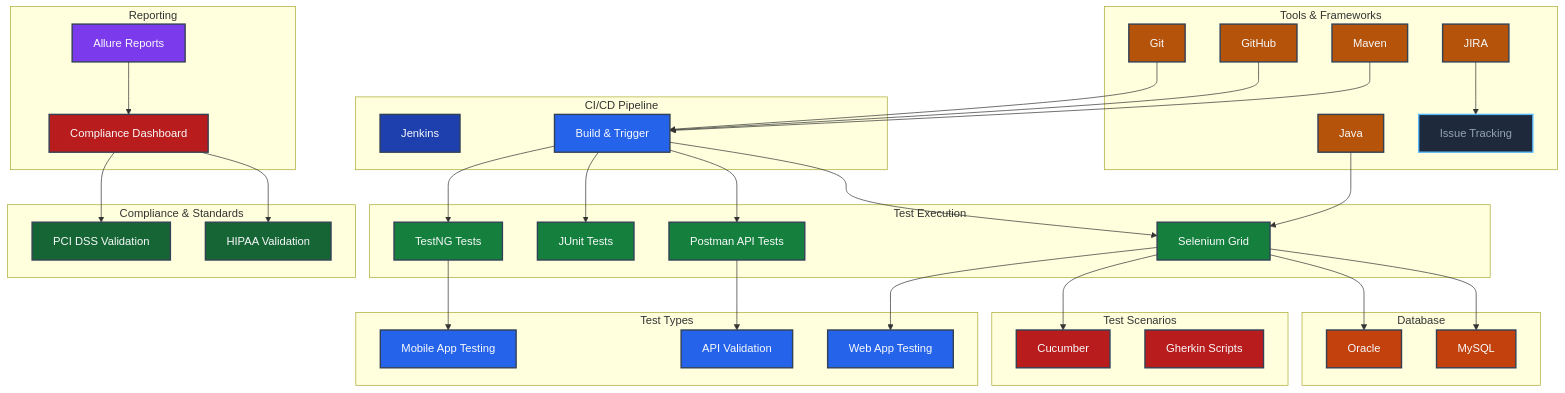
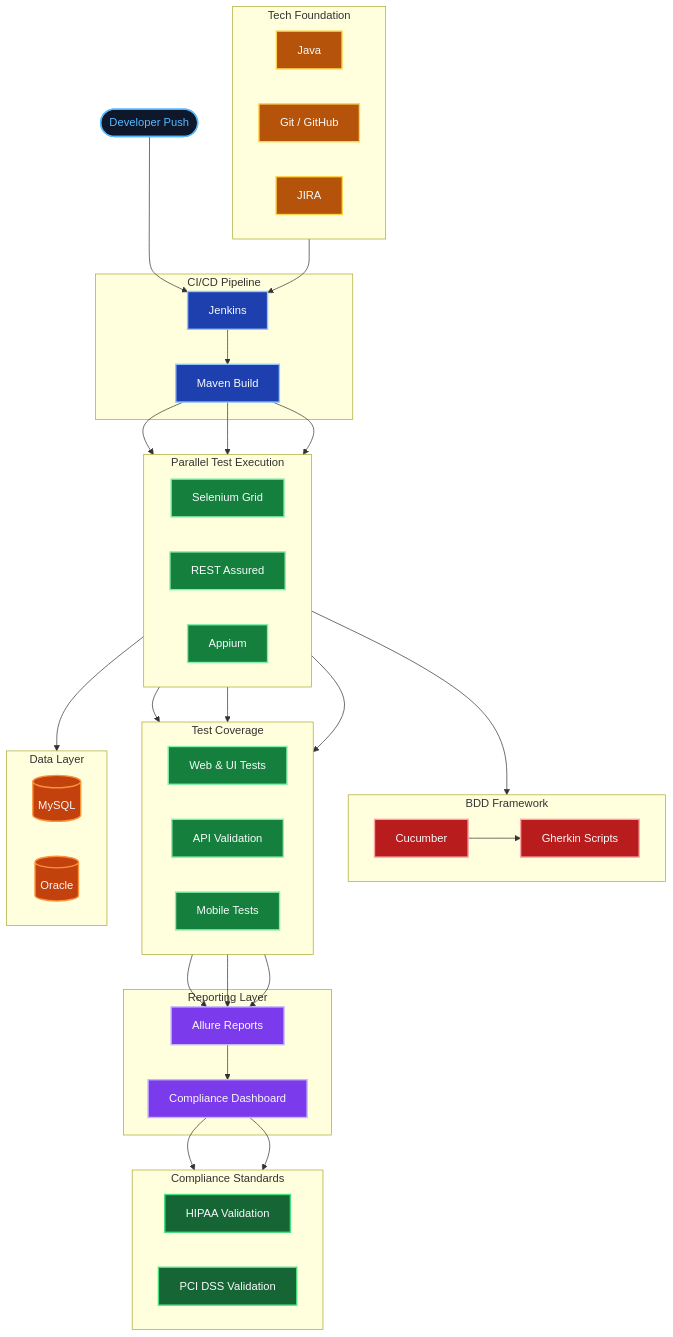
Before and after one commit to moqaddasQA/moqaddasQA: the first of 2 diagrams in README.md, drawn with Mermaid.

Commit message:
feat: redesign architecture diagram — flowchart TD, classDef classes, clean pipeline flow

````diff
--- a/README.md
+++ b/README.md
@@ -219,78 +219,75 @@
 ```mermaid
-graph TD
-  style A fill:#1e40af,stroke:#334155,stroke-width:2px,color:#f8fafc
-  style B fill:#2563eb,stroke:#334155,stroke-width:2px,color:#f8fafc
-  style C fill:#15803d,stroke:#334155,stroke-width:2px,color:#f8fafc
-  style D fill:#15803d,stroke:#334155,stroke-width:2px,color:#f8fafc
-  style E fill:#15803d,stroke:#334155,stroke-width:2px,color:#f8fafc
-  style F fill:#15803d,stroke:#334155,stroke-width:2px,color:#f8fafc
-  style G fill:#7c3aed,stroke:#334155,stroke-width:2px,color:#f8fafc
-  style H fill:#b91c1c,stroke:#334155,stroke-width:2px,color:#f8fafc
-  style I fill:#c2410c,stroke:#334155,stroke-width:2px,color:#f8fafc
-  style J fill:#c2410c,stroke:#334155,stroke-width:2px,color:#f8fafc
-  style K fill:#b45309,stroke:#334155,stroke-width:2px,color:#f8fafc
-  style L fill:#b45309,stroke:#334155,stroke-width:2px,color:#f8fafc
-  style M fill:#b45309,stroke:#334155,stroke-width:2px,color:#f8fafc
-  style N fill:#b45309,stroke:#334155,stroke-width:2px,color:#f8fafc
-  style O fill:#b45309,stroke:#334155,stroke-width:2px,color:#f8fafc
-  style P fill:#1e293b,stroke:#58b9ff,stroke-width:2px,color:#94a3b8
-  style Q fill:#166534,stroke:#334155,stroke-width:2px,color:#f8fafc
-  style R fill:#166534,stroke:#334155,stroke-width:2px,color:#f8fafc
-  style S fill:#b91c1c,stroke:#334155,stroke-width:2px,color:#f8fafc
-  style T fill:#b91c1c,stroke:#334155,stroke-width:2px,color:#f8fafc
-  style U fill:#2563eb,stroke:#334155,stroke-width:2px,color:#f8fafc
-  style V fill:#2563eb,stroke:#334155,stroke-width:2px,color:#f8fafc
-  style W fill:#2563eb,stroke:#334155,stroke-width:2px,color:#f8fafc
+flowchart TD
+    classDef entry  fill:#0f172a,stroke:#58b9ff,stroke-width:2px,color:#58b9ff
+    classDef cicd   fill:#1e40af,stroke:#93c5fd,stroke-width:2px,color:#f8fafc
+    classDef tools  fill:#b45309,stroke:#fcd34d,stroke-width:2px,color:#f8fafc
+    classDef test   fill:#15803d,stroke:#86efac,stroke-width:2px,color:#f8fafc
+    classDef bdd    fill:#b91c1c,stroke:#fca5a5,stroke-width:2px,color:#f8fafc
+    classDef data   fill:#c2410c,stroke:#fb923c,stroke-width:2px,color:#f8fafc
+    classDef report fill:#7c3aed,stroke:#c4b5fd,stroke-width:2px,color:#f8fafc
+    classDef comply fill:#166534,stroke:#4ade80,stroke-width:2px,color:#f8fafc
 
-  subgraph CI/CD Pipeline
-    A[Jenkins]
-    B[Build & Trigger]
-  end
+    DEV([Developer Push]):::entry
 
-  subgraph Test Execution
-    B --> C[Selenium Grid]
-    B --> D[Postman API Tests]
-    B --> E[JUnit Tests]
-    B --> F[TestNG Tests]
-  end
+    subgraph CICD [CI/CD Pipeline]
+        JK[Jenkins]:::cicd
+        MV[Maven Build]:::cicd
+        JK --> MV
+    end
 
-  subgraph Reporting
-    G[Allure Reports]
-    G --> H[Compliance Dashboard]
-  end
+    subgraph STACK [Tech Foundation]
+        direction LR
+        JV[Java]:::tools
+        GT[Git / GitHub]:::tools
+        JI[JIRA]:::tools
+    end
 
-  subgraph Database
-    C --> I[MySQL]
-    C --> J[Oracle]
-  end
+    subgraph EXEC [Parallel Test Execution]
+        direction LR
+        SG[Selenium Grid]:::test
+        RA[REST Assured]:::test
+        AP[Appium]:::test
+    end
 
-  subgraph Tools & Frameworks
-    K[Java]
-    L[Git]
-    M[GitHub]
-    N[Maven]
-    O[JIRA]
-    K --> C
-    L --> B
-    M --> B
-    N --> B
-    O --> P[Issue Tracking]
-  end
+    subgraph BDD [BDD Framework]
+        direction LR
+        CK[Cucumber]:::bdd
+        GK[Gherkin Scripts]:::bdd
+        CK --> GK
+    end
 
-  subgraph Compliance & Standards
-    H --> Q[HIPAA Validation]
-    H --> R[PCI DSS Validation]
-  end
+    subgraph TYPES [Test Coverage]
+        direction LR
+        WB[Web & UI Tests]:::test
+        AV[API Validation]:::test
+        MB[Mobile Tests]:::test
+    end
 
-  subgraph Test Scenarios
-    S[Cucumber]
-    T[Gherkin Scripts]
-    C --> S
-  end
+    subgraph DB [Data Layer]
+        direction LR
+        MY[(MySQL)]:::data
+        OR[(Oracle)]:::data
+    end
 
-  subgraph Test Types
-    C --> U[Web App Testing]
-    D --> V[API Validation]
-    F --> W[Mobile App Testing]
-  end
+    subgraph RPT [Reporting Layer]
+        AL[Allure Reports]:::report
+        CD[Compliance Dashboard]:::report
+        AL --> CD
+    end
+
+    subgraph CMPL [Compliance Standards]
+        direction LR
+        HI[HIPAA Validation]:::comply
+        PC[PCI DSS Validation]:::comply
+    end
+
+    DEV --> JK
+    STACK --> JK
+    MV --> SG & RA & AP
+    SG --> CK
+    SG --> WB & MY
+    RA --> AV
+    AP --> MB
+    WB & AV & MB --> AL
+    CD --> HI & PC
 ```
````
